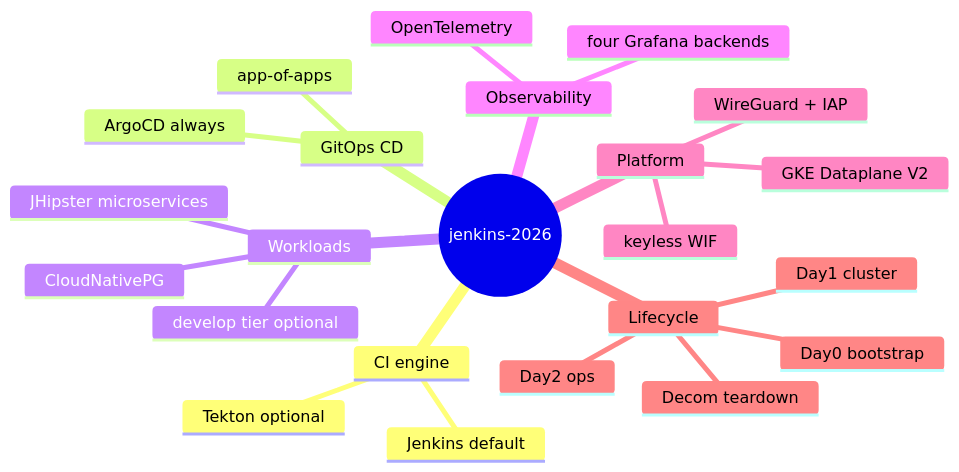
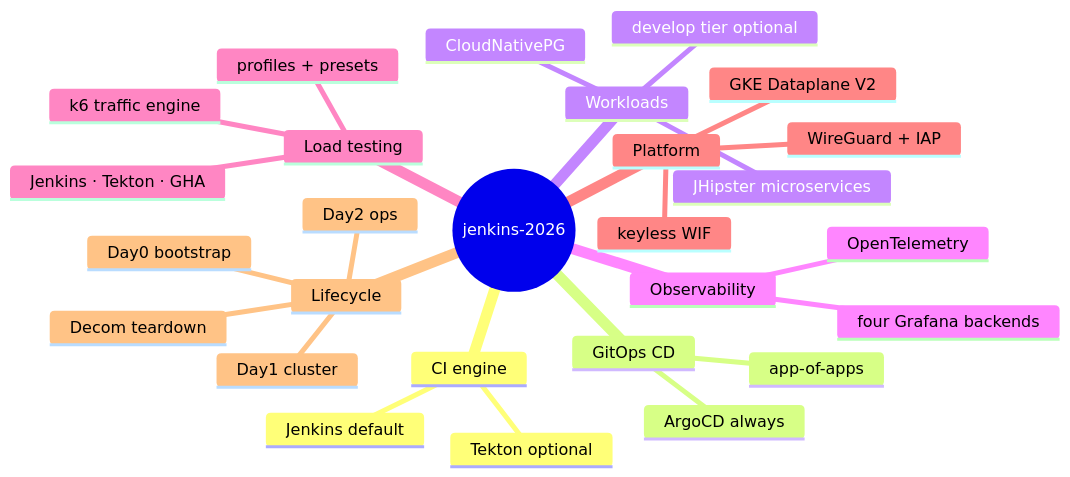
Before and after one commit to nubenetes/jenkins-2026: the first of 4 diagrams in README.md, drawn with Mermaid. The commit also changed other lines of this file and 18 other files, not shown here.

First line of the commit message:
feat(k6): committed config presets (dropdown-selectable) across Jenkins/Tekton/GHA

````diff
--- a/README.md
+++ b/README.md
@@ -10,26 +12,30 @@
 ```mermaid
 mindmap
   root((jenkins-2026))
     CI engine
       Jenkins default
       Tekton optional
     GitOps CD
       ArgoCD always
       app-of-apps
     Workloads
       JHipster microservices
       CloudNativePG
       develop tier optional
     Observability
       OpenTelemetry
       four Grafana backends
+    Load testing
+      k6 traffic engine
+      profiles + presets
+      Jenkins · Tekton · GHA
     Platform
       GKE Dataplane V2
       WireGuard + IAP
       keyless WIF
     Lifecycle
       Day0 bootstrap
       Day1 cluster
       Day2 ops
       Decom teardown
 ```
````
